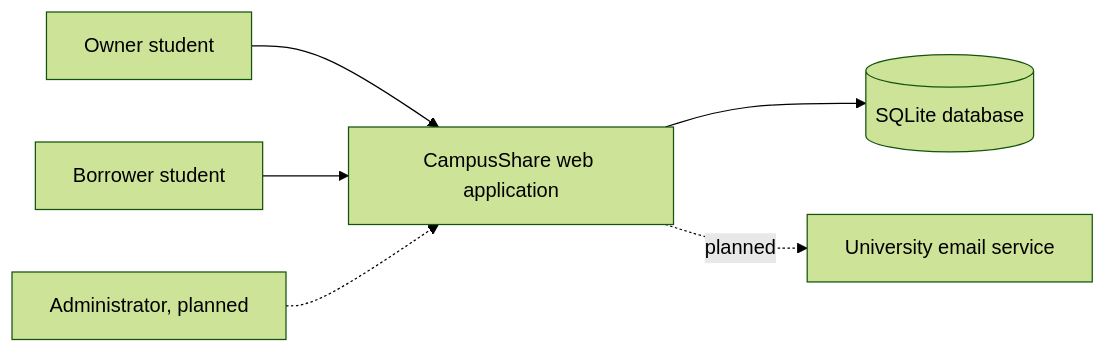
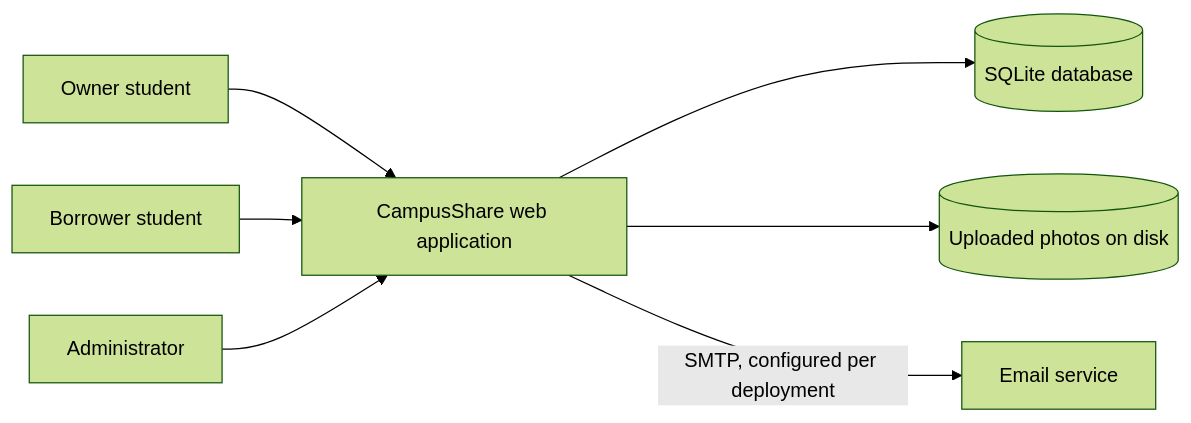
The first of 4 diagrams in docs/requirements/SRS.md (bhsei/26F), drawn with Mermaid (forest theme) before and after one commit. The commit also changed other lines of this file, not shown here.

````diff
--- a/docs/requirements/SRS.md
+++ b/docs/requirements/SRS.md
@@ -87,8 +95,9 @@
 ```mermaid
 flowchart LR
     O[Owner student] --> W[CampusShare web application]
     B[Borrower student] --> W
-    A[Administrator, planned] -.-> W
+    A[Administrator] --> W
     W --> D[(SQLite database)]
-    W -.->|planned| E[University email service]
+    W --> F[(Uploaded photos on disk)]
+    W -->|SMTP, configured per deployment| E[Email service]
 ```
````
